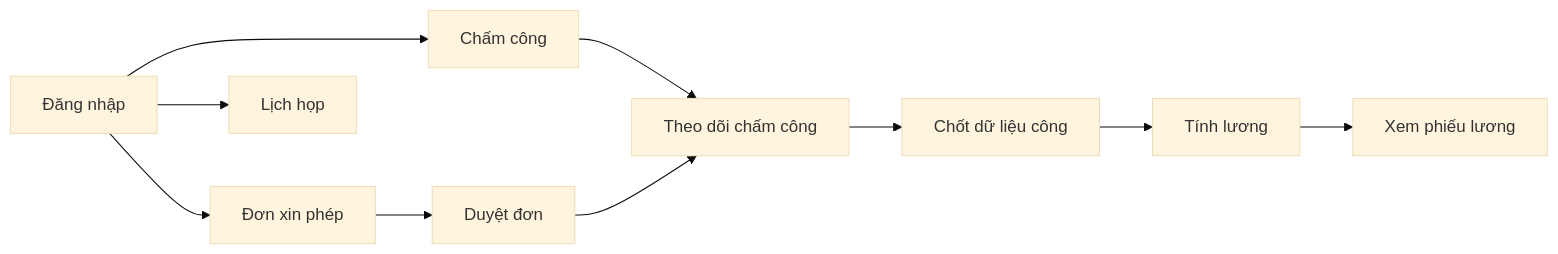
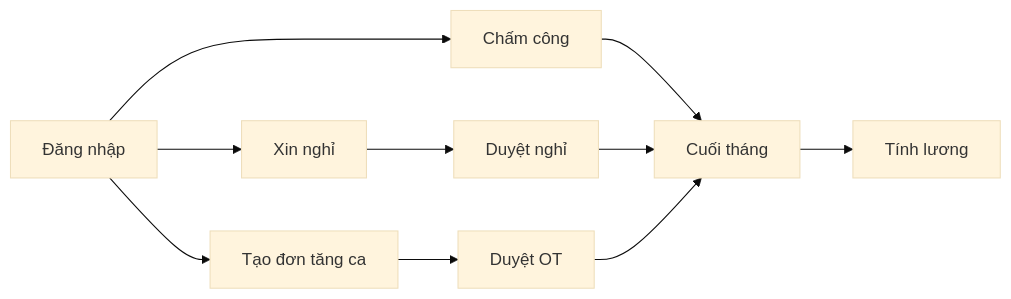
One commit to tamada-chinhhv/tmv-hrm-docs changed the diagram in README.vi.md. Above: the diagram before and after it, drawn with Mermaid (base theme). The commit also changed other lines of this file and 122 other files, not shown here.

````diff
--- a/README.vi.md
+++ b/README.vi.md
@@ -92,12 +67,12 @@
 ```mermaid
 flowchart LR
   A[Đăng nhập] --> B[Chấm công]
-  A --> C[Đơn xin phép]
-  C --> D[Duyệt đơn]
-  B --> E[Theo dõi chấm công]
-  D --> E
-  E --> F[Chốt dữ liệu công]
-  F --> G[Tính lương]
-  G --> H[Xem phiếu lương]
-  A --> I[Lịch họp]
+  A --> C[Xin nghỉ]
+  C --> D[Duyệt nghỉ]
+  A --> E[Tạo đơn tăng ca]
+  E --> F[Duyệt OT]
+  B --> G[Cuối tháng]
+  D --> G
+  F --> G
+  G --> H[Tính lương]
 ```
````
